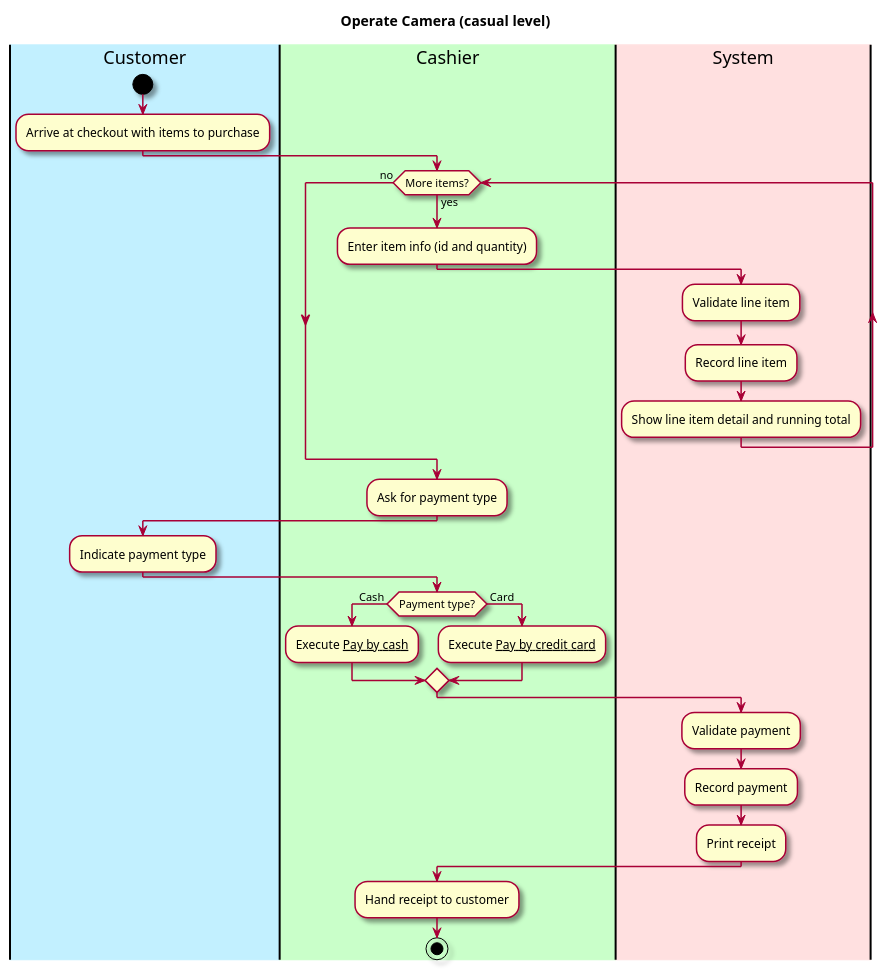
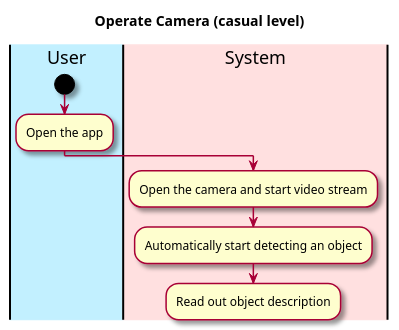
One commit to tonyh1306/OBRE-Vision-through-a-screen changed the diagram in intellij/doc/use-cases/analyze-video.md. Above: the diagram before and after it, drawn with PlantUML. The commit also changed other lines of this file, not shown here.

Commit message:
Added UML for analyze video use case

````diff
--- a/intellij/doc/use-cases/analyze-video.md
+++ b/intellij/doc/use-cases/analyze-video.md
@@ -39,48 +39,22 @@
 ```plantuml
 @startuml
 
 skin rose
 
 title Operate Camera (casual level)
 
 'define the lanes
-|#application|Customer|
-|#technology|Cashier|
+|#application|User|
 |#implementation|System|
 
-|Customer|
+|User|
 start
-:Arrive at checkout with items to purchase;
-
-|Cashier|
-while (More items?) is (yes)
-  :Enter item info (id and quantity);
-  |System|
-  :Validate line item;
-  :Record line item;
-  :Show line item detail and running total;
-  |Cashier|
-endwhile (no)
-
-
-:Ask for payment type;
-
-|Customer|
-:Indicate payment type;
-
-|Cashier|
-if (Payment type?) is  ( Cash ) then
-:Execute __Pay by cash__;
-else ( Card ) 
-:Execute __Pay by credit card__;
-endif
+:Open the app;
 
 |System|
-:Validate payment;
-:Record payment;
-:Print receipt;
-|Cashier|
-:Hand receipt to customer;
-stop
+:Open the camera and start video stream;
+:Automatically start detecting an object;
+:Read out object description;
+
 @enduml
 ```
````
